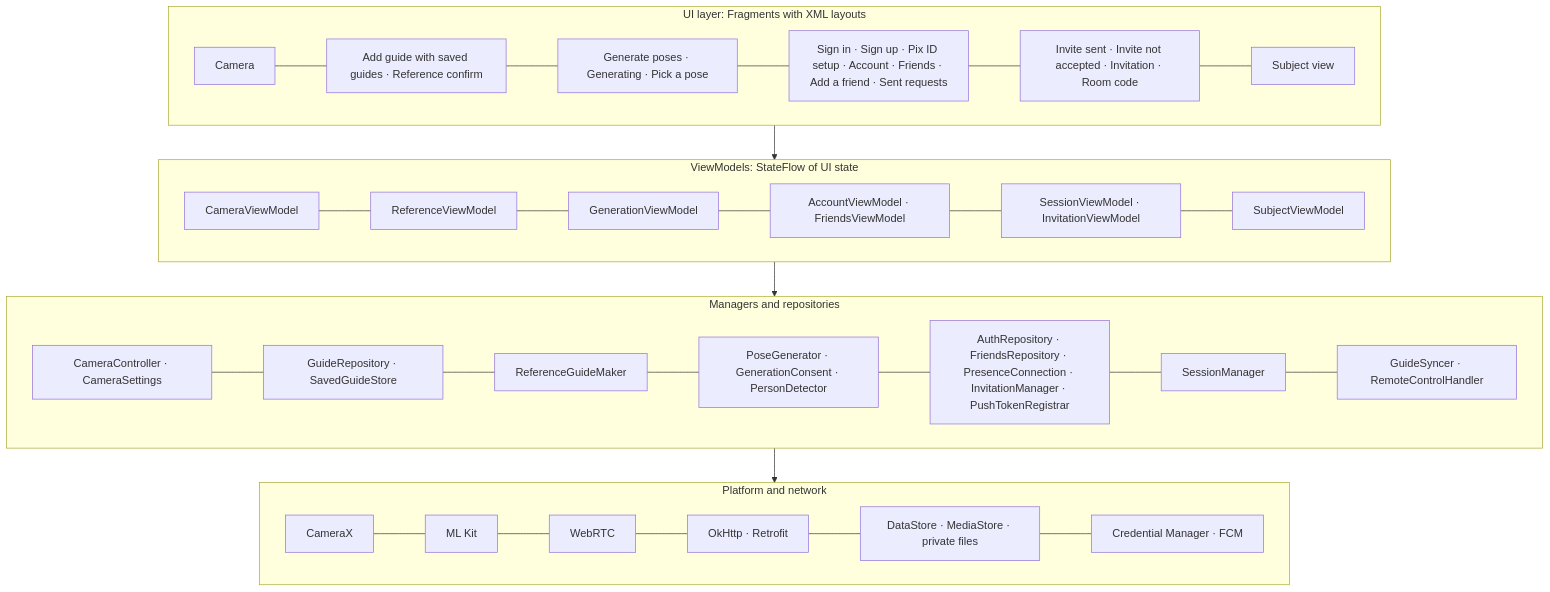
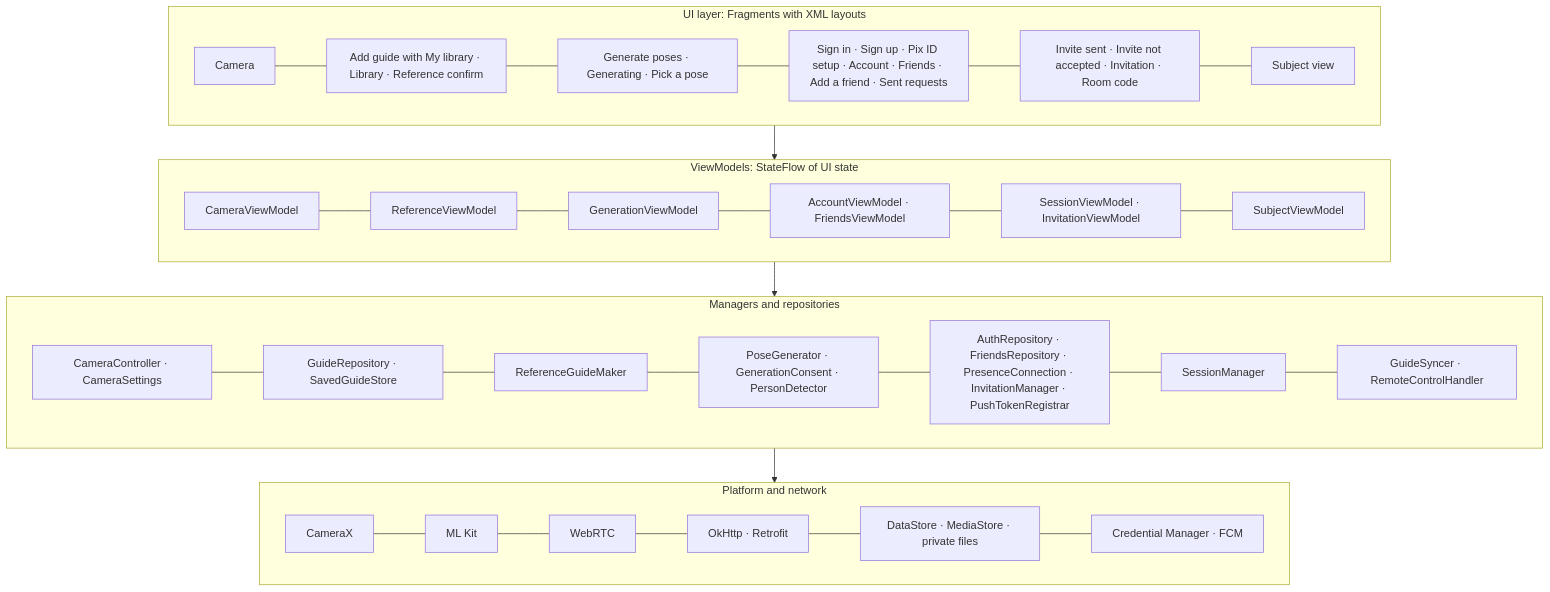
One commit to snuhcs-course/swpp-2026-project-team-10 changed the fifth of 12 diagrams in wiki/Design-Documentation.md. Above: the diagram before and after it, drawn with Mermaid. The commit also changed other lines of this file and 44 other files, not shown here.

Commit message:
feat: keep every saved guide in one library (#172)

````diff
--- a/wiki/Design-Documentation.md
+++ b/wiki/Design-Documentation.md
@@ -340,16 +342,16 @@
 ```mermaid
 flowchart TB
   subgraph UI["UI layer: Fragments with XML layouts"]
-    C1["Camera"] --- C2["Add guide with saved guides · Reference confirm"] --- C3["Generate poses · Generating · Pick a pose"] --- C4["Sign in · Sign up · Pix ID setup · Account · Friends · Add a friend · Sent requests"] --- C5["Invite sent · Invite not accepted · Invitation · Room code"] --- C6["Subject view"]
+    C1["Camera"] --- C2["Add guide with My library · Library · Reference confirm"] --- C3["Generate poses · Generating · Pick a pose"] --- C4["Sign in · Sign up · Pix ID setup · Account · Friends · Add a friend · Sent requests"] --- C5["Invite sent · Invite not accepted · Invitation · Room code"] --- C6["Subject view"]
   end
   subgraph VM["ViewModels: StateFlow of UI state"]
     V1["CameraViewModel"] --- V2["ReferenceViewModel"] --- V3["GenerationViewModel"] --- V4["AccountViewModel · FriendsViewModel"] --- V5["SessionViewModel · InvitationViewModel"] --- V6["SubjectViewModel"]
   end
   subgraph DOM["Managers and repositories"]
     D1["CameraController · CameraSettings"] --- D2["GuideRepository · SavedGuideStore"] --- D3["ReferenceGuideMaker"] --- D4["PoseGenerator · GenerationConsent · PersonDetector"] --- D5["AuthRepository · FriendsRepository · PresenceConnection · InvitationManager · PushTokenRegistrar"] --- D6["SessionManager"] --- D7["GuideSyncer · RemoteControlHandler"]
   end
   subgraph SRC["Platform and network"]
     S1["CameraX"] --- S2["ML Kit"] --- S3["WebRTC"] --- S4["OkHttp · Retrofit"] --- S5["DataStore · MediaStore · private files"] --- S6["Credential Manager · FCM"]
   end
   UI --> VM --> DOM --> SRC
 ```
````
